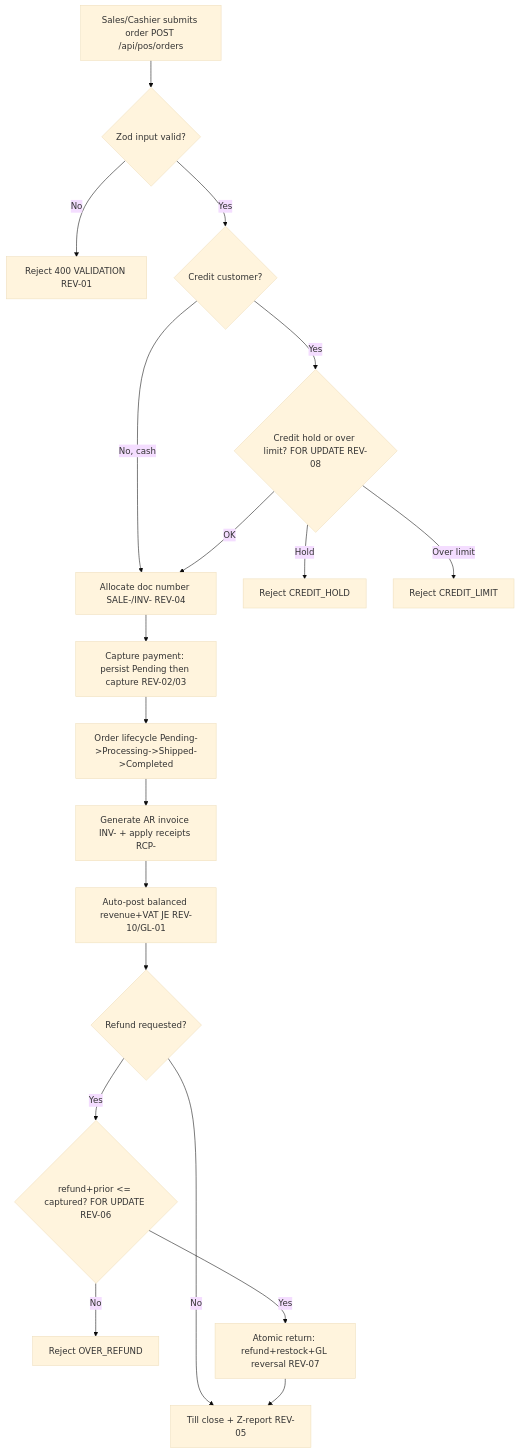
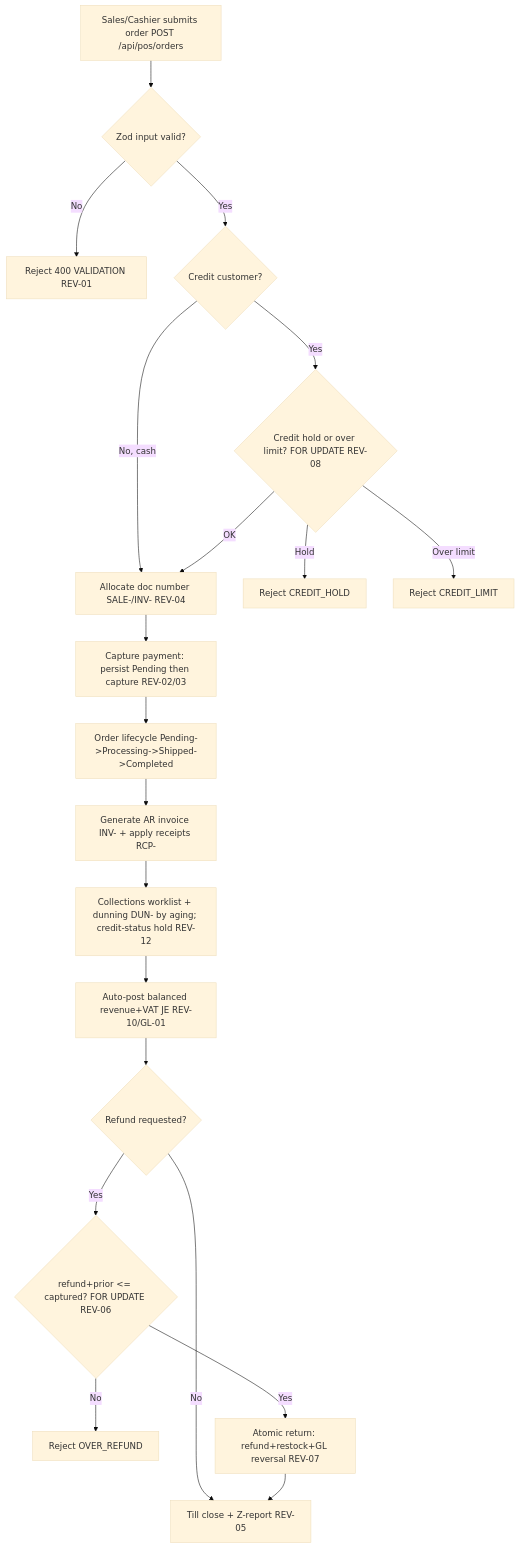
The diagram in docs/process-narratives/01-order-to-cash.md (wayla69/invisibleERP), drawn with Mermaid (base theme) before and after one commit. The commit also changed other lines of this file and 20 other files, not shown here.

First line of the commit message:
feat(finance): add Statement of Cash Flows (indirect) + AR collections/dunning

````diff
--- a/docs/process-narratives/01-order-to-cash.md
+++ b/docs/process-narratives/01-order-to-cash.md
@@ -78,21 +82,22 @@
 ```mermaid
 flowchart TD
     A[Sales/Cashier submits order POST /api/pos/orders] --> B{Zod input valid?}
     B -- No --> B1[Reject 400 VALIDATION REV-01]
     B -- Yes --> C{Credit customer?}
     C -- No, cash --> E[Allocate doc number SALE-/INV- REV-04]
     C -- Yes --> D{Credit hold or over limit? FOR UPDATE REV-08}
     D -- Hold --> D1[Reject CREDIT_HOLD]
     D -- Over limit --> D2[Reject CREDIT_LIMIT]
     D -- OK --> E
     E --> F[Capture payment: persist Pending then capture REV-02/03]
     F --> G[Order lifecycle Pending->Processing->Shipped->Completed]
     G --> H[Generate AR invoice INV- + apply receipts RCP-]
-    H --> I[Auto-post balanced revenue+VAT JE REV-10/GL-01]
+    H --> N[Collections worklist + dunning DUN- by aging; credit-status hold REV-12]
+    N --> I[Auto-post balanced revenue+VAT JE REV-10/GL-01]
     I --> J{Refund requested?}
     J -- No --> K[Till close + Z-report REV-05]
     J -- Yes --> L{refund+prior <= captured? FOR UPDATE REV-06}
     L -- No --> L1[Reject OVER_REFUND]
     L -- Yes --> M[Atomic return: refund+restock+GL reversal REV-07]
     M --> K
 ```
````
